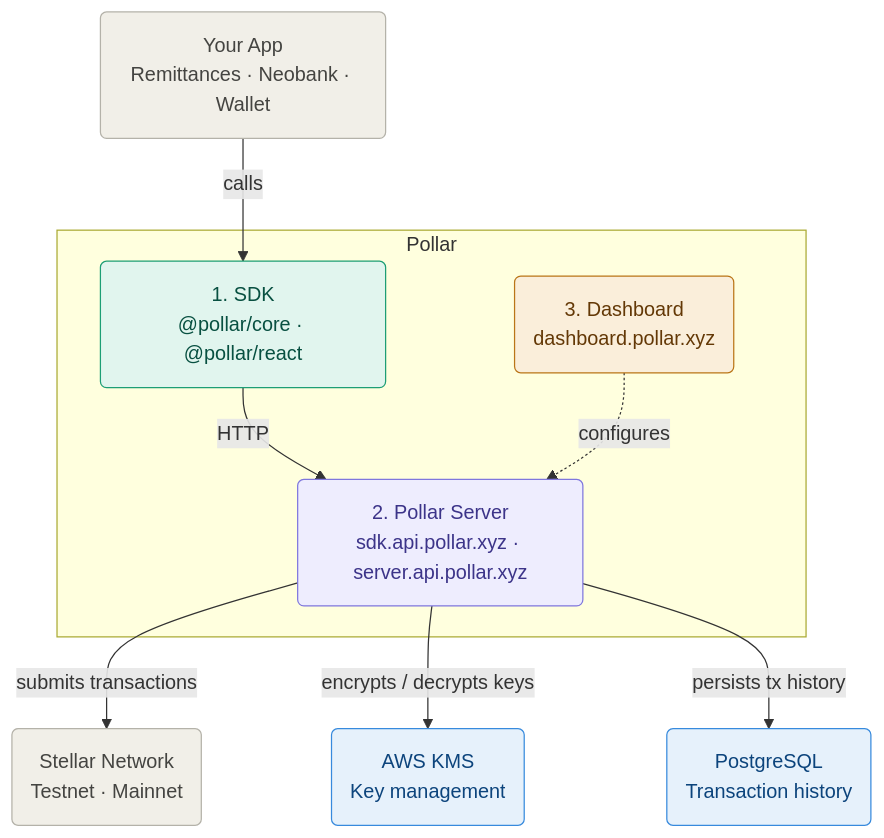
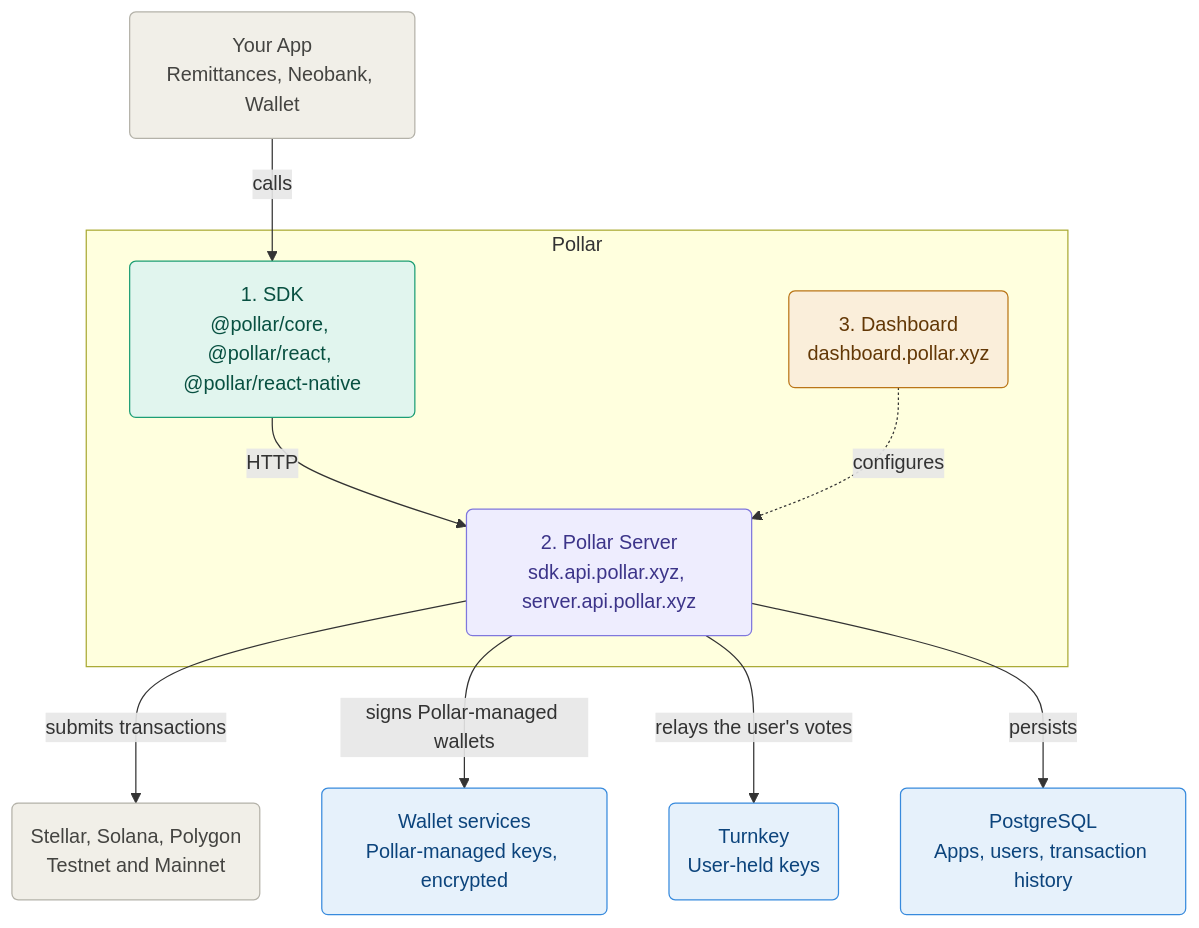
Before and after one commit to pollar-xyz/pollar-docs: the first of 2 diagrams in docs/(latest)/core-concepts/architecture.md, drawn with Mermaid. The commit also changed other lines of this file and 20 other files, not shown here.

````diff
--- a/docs/(latest)/core-concepts/architecture.md
+++ b/docs/(latest)/core-concepts/architecture.md
@@ -11,27 +11,29 @@
 ```mermaid
 flowchart TD
-    A("Your App\nRemittances · Neobank · Wallet"):::external
+    A("Your App\nRemittances, Neobank, Wallet"):::external
 
     subgraph pollar["Pollar"]
-        B("1. SDK\n@pollar/core · @pollar/react"):::sdk
-        C("2. Pollar Server\nsdk.api.pollar.xyz · server.api.pollar.xyz"):::server
+        B("1. SDK\n@pollar/core, @pollar/react, @pollar/react-native"):::sdk
+        C("2. Pollar Server\nsdk.api.pollar.xyz, server.api.pollar.xyz"):::server
         D("3. Dashboard\ndashboard.pollar.xyz"):::dashboard
     end
 
-    E("Stellar Network\nTestnet · Mainnet"):::external
-    F("AWS KMS\nKey management"):::infra
-    G("PostgreSQL\nTransaction history"):::infra
+    E("Stellar, Solana, Polygon\nTestnet and Mainnet"):::external
+    F("Wallet services\nPollar-managed keys, encrypted"):::infra
+    T("Turnkey\nUser-held keys"):::infra
+    G("PostgreSQL\nApps, users, transaction history"):::infra
 
     A -->|"calls"| B
     B -->|"HTTP"| C
     C -->|"submits transactions"| E
-    C -->|"encrypts / decrypts keys"| F
-    C -->|"persists tx history"| G
+    C -->|"signs Pollar-managed wallets"| F
+    C -->|"relays the user's votes"| T
+    C -->|"persists"| G
     D -.->|"configures"| C
 
     classDef external fill:#f1efe8,stroke:#b4b2a9,color:#444441
     classDef sdk fill:#e1f5ee,stroke:#1d9e75,color:#085041
     classDef server fill:#eeedfe,stroke:#7f77dd,color:#3c3489
     classDef dashboard fill:#faeeda,stroke:#ba7517,color:#633806
     classDef infra fill:#e6f1fb,stroke:#378add,color:#0c447c
 ```
````
